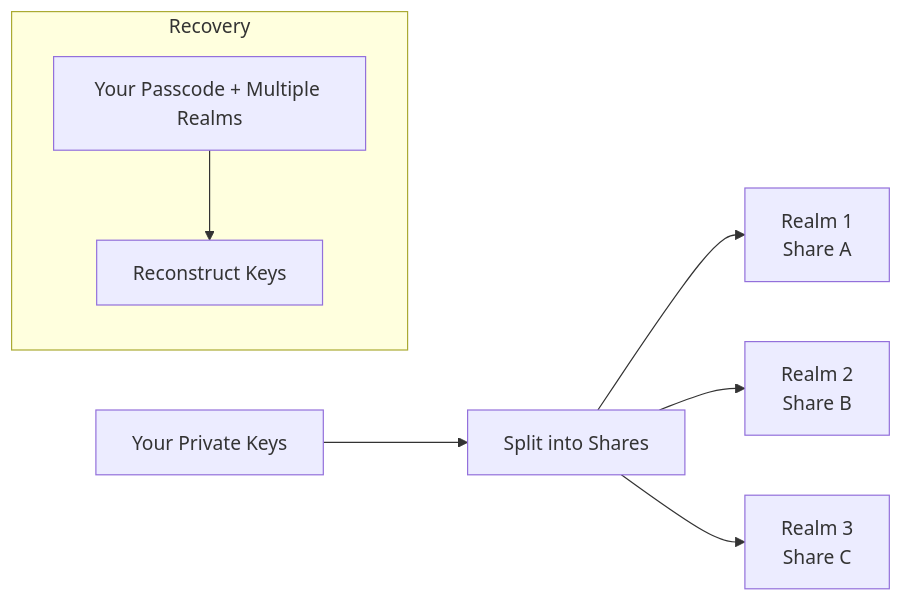
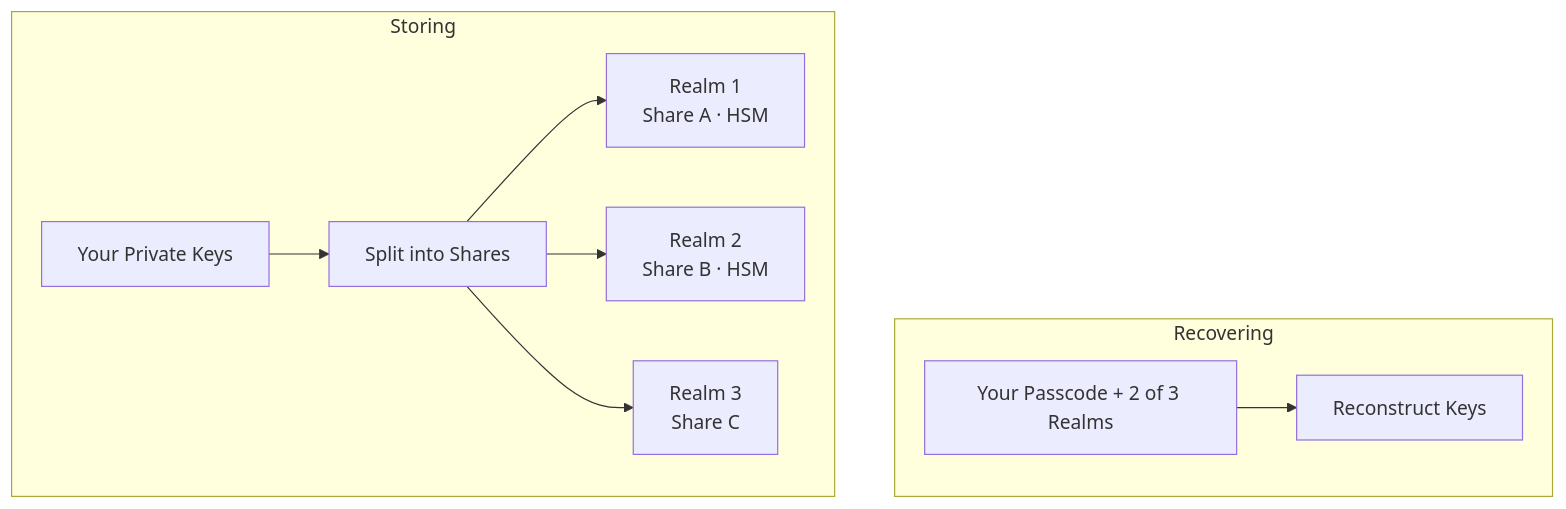
Before and after one commit to xdevplatform/docs: the second of 2 diagrams in xchat/cryptography-primer.mdx, drawn with Mermaid. The commit also changed other lines of this file, not shown here.

````diff
--- a/xchat/cryptography-primer.mdx
+++ b/xchat/cryptography-primer.mdx
@@ -189,11 +152,15 @@
 ```mermaid
 flowchart LR
-    A[Your Private Keys] --> B[Split into Shares]
-    B --> C[Realm 1<br/>Share A]
-    B --> D[Realm 2<br/>Share B]
-    B --> E[Realm 3<br/>Share C]
-    
-    subgraph Recovery
-        F[Your Passcode + Multiple Realms] --> G[Reconstruct Keys]
+    subgraph Storing
+        A[Your Private Keys] --> B[Split into Shares]
+        B --> C[Realm 1<br/>Share A · HSM]
+        B --> D[Realm 2<br/>Share B · HSM]
+        B --> E[Realm 3<br/>Share C]
     end
+
+    subgraph Recovering
+        F[Your Passcode + 2 of 3 Realms] --> G[Reconstruct Keys]
+    end
+
+    E ~~~ F
 ```
````
